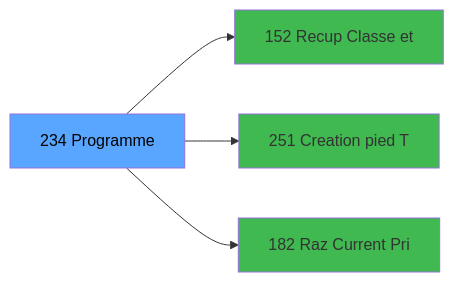
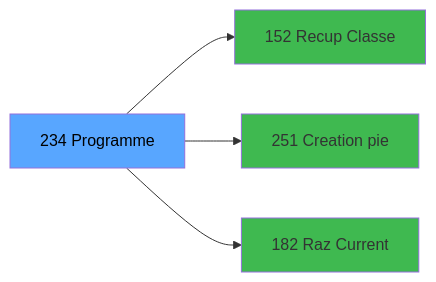
One commit to thonyAGP/magic-migration changed the third of 3 diagrams in .openspec/specs/ADH-IDE-234.md. Above: the diagram before and after it, drawn with Mermaid. The commit also changed other lines of this file and 323 other files, not shown here.

````diff
--- a/.openspec/specs/ADH-IDE-234.md
+++ b/.openspec/specs/ADH-IDE-234.md
@@ -128,14 +164,14 @@
 ```mermaid
 graph LR
     T[234 Programme]
-    C152[152 Recup Classe et]
+    C152[152 Recup Classe]
     T --> C152
-    C251[251 Creation pied T]
+    C251[251 Creation pie]
     T --> C251
-    C182[182 Raz Current Pri]
+    C182[182 Raz Current ]
     T --> C182
     style T fill:#58a6ff,color:#000
     style C152 fill:#3fb950
     style C251 fill:#3fb950
     style C182 fill:#3fb950
 ```
````
